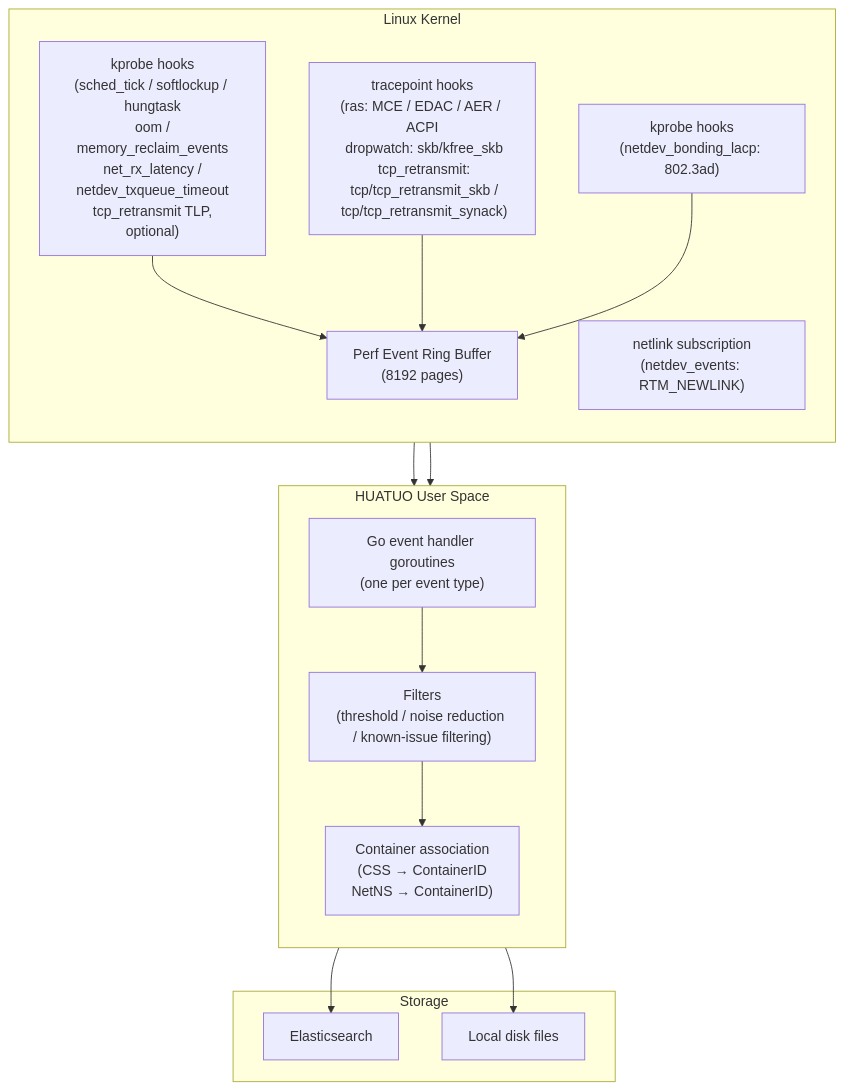
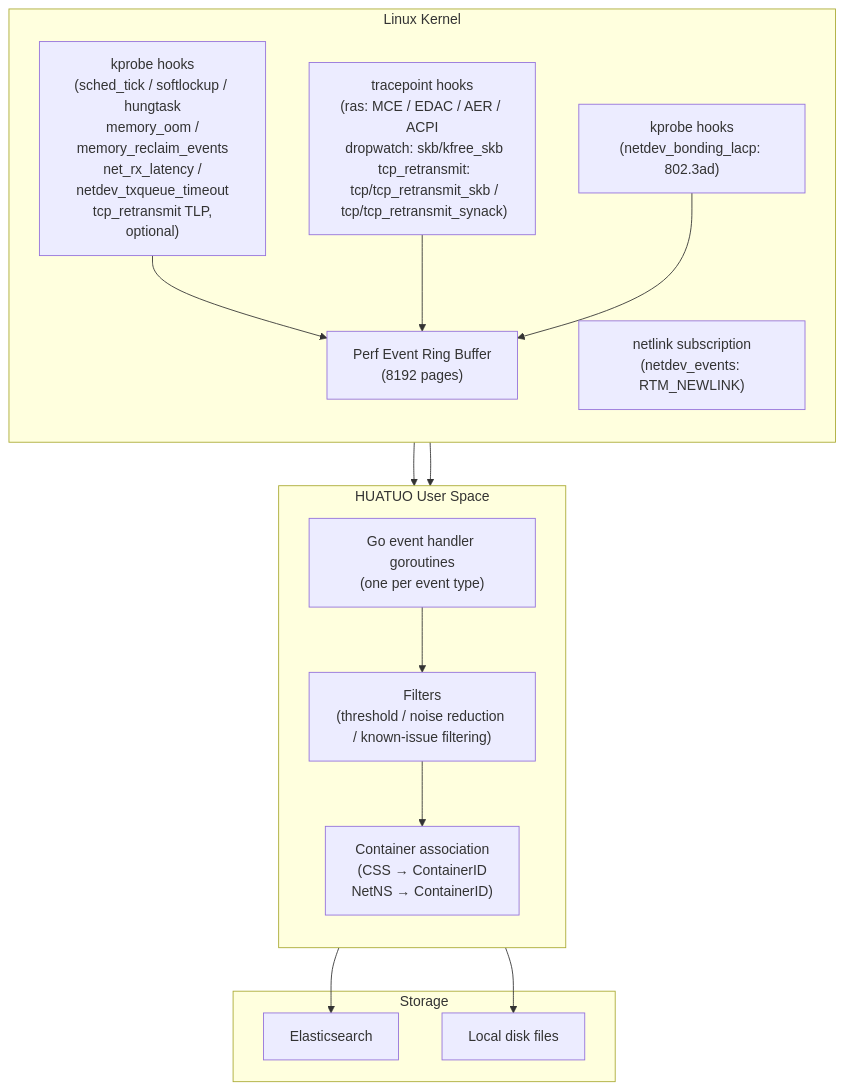
One commit to ccfos/huatuo changed the first of 2 diagrams in docs/key-feature/instant-observability_en.md. Above: the diagram before and after it, drawn with Mermaid. The commit also changed other lines of this file and 14 other files, not shown here.

First line of the commit message:
refactor(events): name OOM tracing by memory domain

````diff
--- a/docs/key-feature/instant-observability_en.md
+++ b/docs/key-feature/instant-observability_en.md
@@ -522,33 +524,33 @@
 ```mermaid
 graph TB
     subgraph "Linux Kernel"
         direction TB
-        K1["kprobe hooks\n(sched_tick / softlockup / hungtask\n oom / memory_reclaim_events\n net_rx_latency / netdev_txqueue_timeout\n tcp_retransmit TLP, optional)"]
+        K1["kprobe hooks\n(sched_tick / softlockup / hungtask\n memory_oom / memory_reclaim_events\n net_rx_latency / netdev_txqueue_timeout\n tcp_retransmit TLP, optional)"]
         K2["tracepoint hooks\n(ras: MCE / EDAC / AER / ACPI\n dropwatch: skb/kfree_skb\n tcp_retransmit:\n tcp/tcp_retransmit_skb /\n tcp/tcp_retransmit_synack)"]
         K3["netlink subscription\n(netdev_events: RTM_NEWLINK)"]
         K4["kprobe hooks\n(netdev_bonding_lacp: 802.3ad)"]
         PEB["Perf Event Ring Buffer\n(8192 pages)"]
     end
 
     subgraph "HUATUO User Space"
         direction TB
         EH["Go event handler goroutines\n(one per event type)"]
         CF["Filters\n(threshold / noise reduction / known-issue filtering)"]
         CM["Container association\n(CSS → ContainerID\n NetNS → ContainerID)"]
     end
 
     subgraph "Storage"
         ES["Elasticsearch"]
         DISK["Local disk files"]
     end
 
     K1 --> PEB
     K2 --> PEB
     K4 --> PEB
     PEB --> EH
     K3 --> EH
     EH --> CF
     CF --> CM
     CM --> ES
     CM --> DISK
 ```
````
